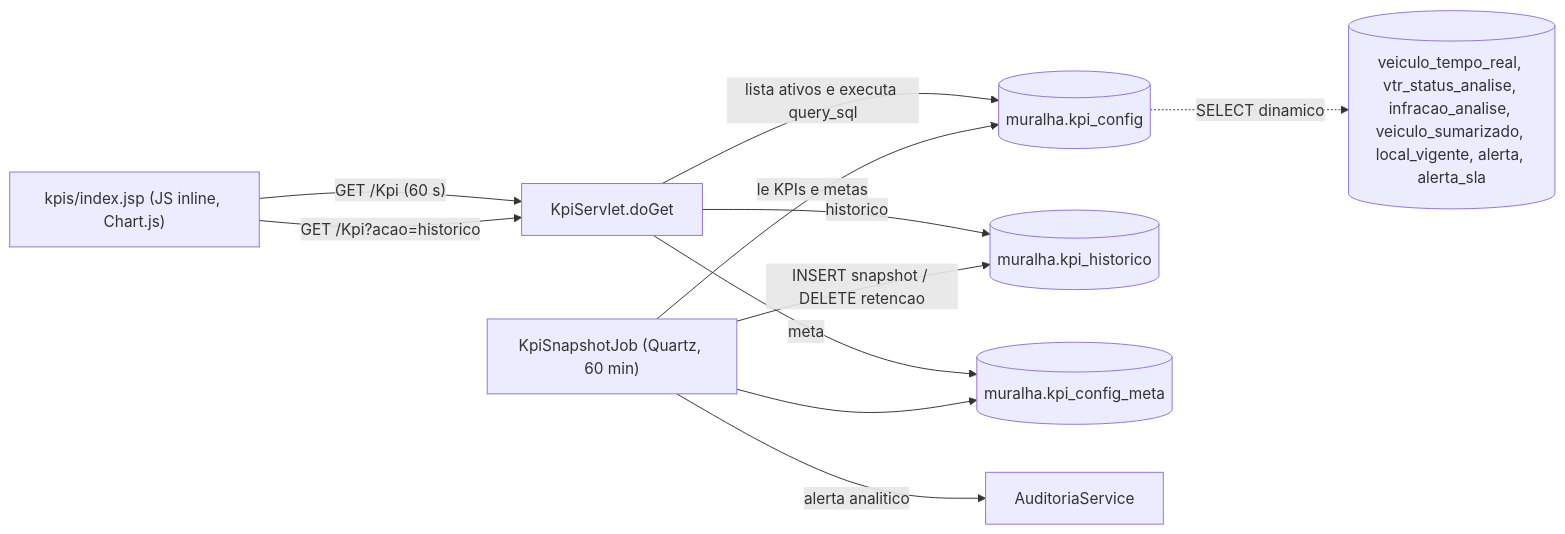
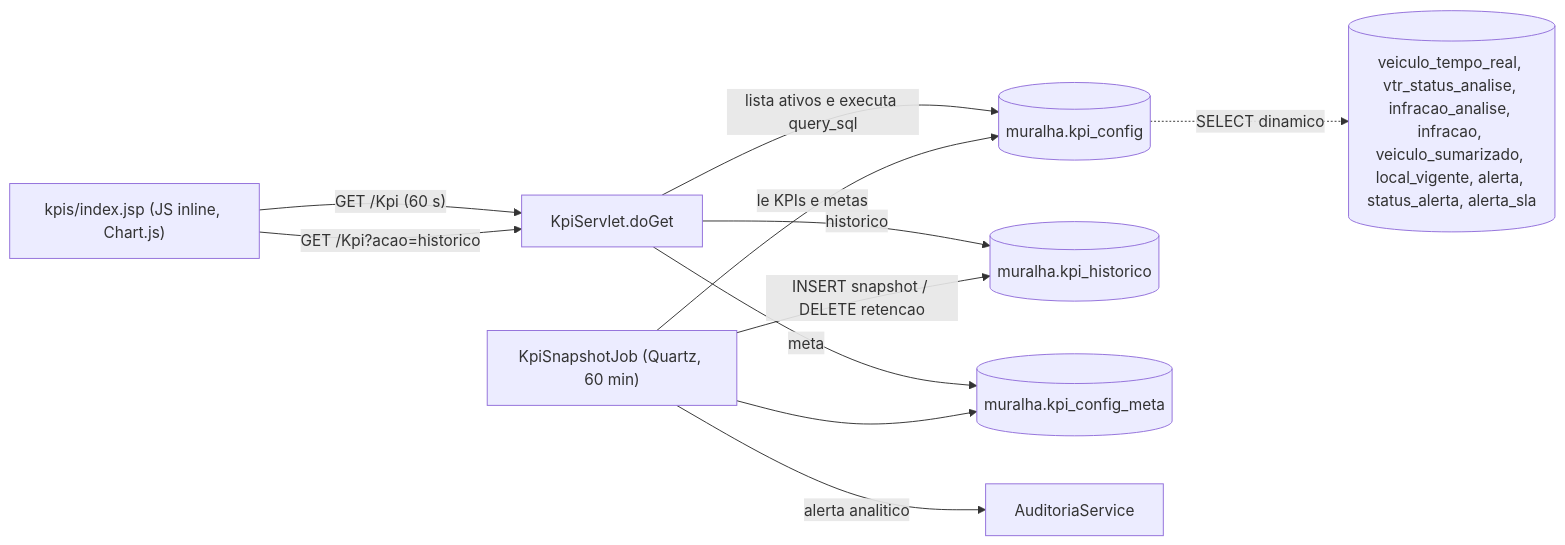
Before and after one commit to gustavoflandal/GTW-CWB: diagram 27 of 31 in docs/banco-de-dados/estrutura-dados-por-tela.md, drawn with Mermaid. The commit also changed other lines of this file and 87 other files, not shown here.

````diff
--- a/docs/banco-de-dados/estrutura-dados-por-tela.md
+++ b/docs/banco-de-dados/estrutura-dados-por-tela.md
@@ -1534,13 +1541,13 @@
 ```mermaid
 flowchart LR
     T["kpis/index.jsp (JS inline, Chart.js)"] -->|"GET /Kpi (60 s)"| S["KpiServlet.doGet"]
     T -->|"GET /Kpi?acao=historico"| S
     S -->|"lista ativos e executa query_sql"| C[("muralha.kpi_config")]
-    C -.->|"SELECT dinamico"| O[("veiculo_tempo_real, vtr_status_analise, infracao_analise, veiculo_sumarizado, local_vigente, alerta, alerta_sla")]
+    C -.->|"SELECT dinamico"| O[("veiculo_tempo_real, vtr_status_analise, infracao_analise, infracao, veiculo_sumarizado, local_vigente, alerta, status_alerta, alerta_sla")]
     S -->|"historico"| H[("muralha.kpi_historico")]
     S -->|"meta"| M[("muralha.kpi_config_meta")]
     J["KpiSnapshotJob (Quartz, 60 min)"] -->|"INSERT snapshot / DELETE retencao"| H
     J -->|"le KPIs e metas"| C
     J --> M
     J -->|"alerta analitico"| A["AuditoriaService"]
 ```
````
